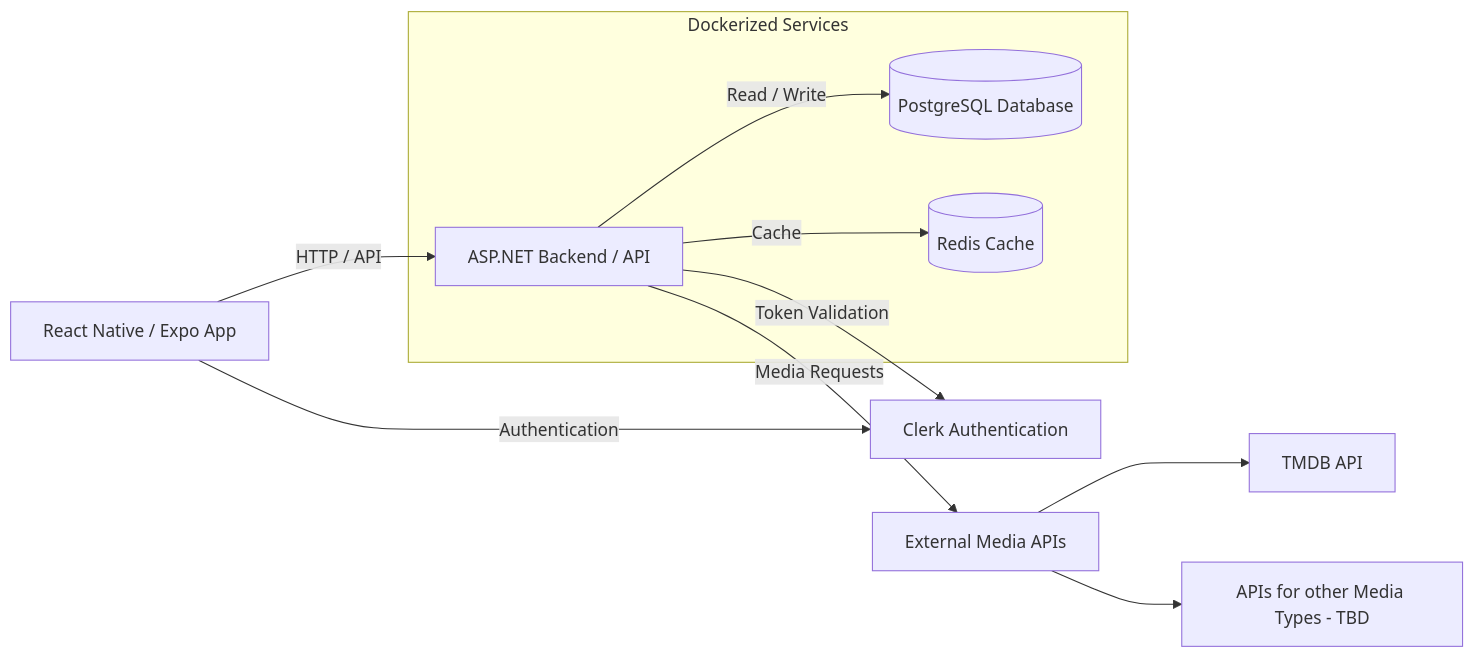
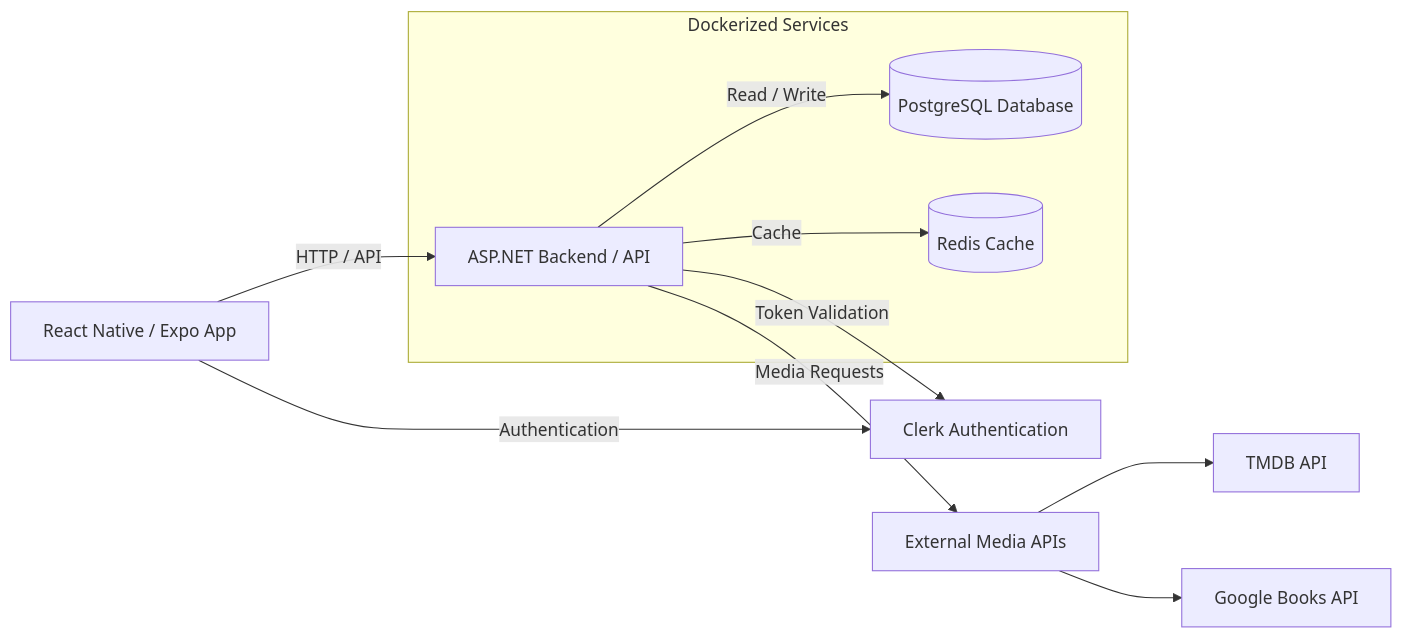
The diagram in Docs/architecture.md (ArionKennedy/PaletteProject), drawn with Mermaid before and after one commit. The commit also changed other lines of this file and 8 other files, not shown here.

````diff
--- a/Docs/architecture.md
+++ b/Docs/architecture.md
@@ -9,24 +9,24 @@
 ```mermaid
 flowchart LR
     A[React Native / Expo App]
 
     subgraph Docker["Dockerized Services"]
         B[ASP.NET Backend / API]
         C[(PostgreSQL Database)]
         D[(Redis Cache)]
     end
 
     E[Clerk Authentication]
     F[External Media APIs]
     G[TMDB API]
-    H[APIs for other Media Types - TBD]
+    H[Google Books API]
 
     A -->|HTTP / API| B
     B -->|Read / Write| C
     B -->|Cache| D
     A -->|Authentication| E
     B -->|Token Validation| E
     B -->|Media Requests| F
     F -->G
     F -->H
 ```
````
